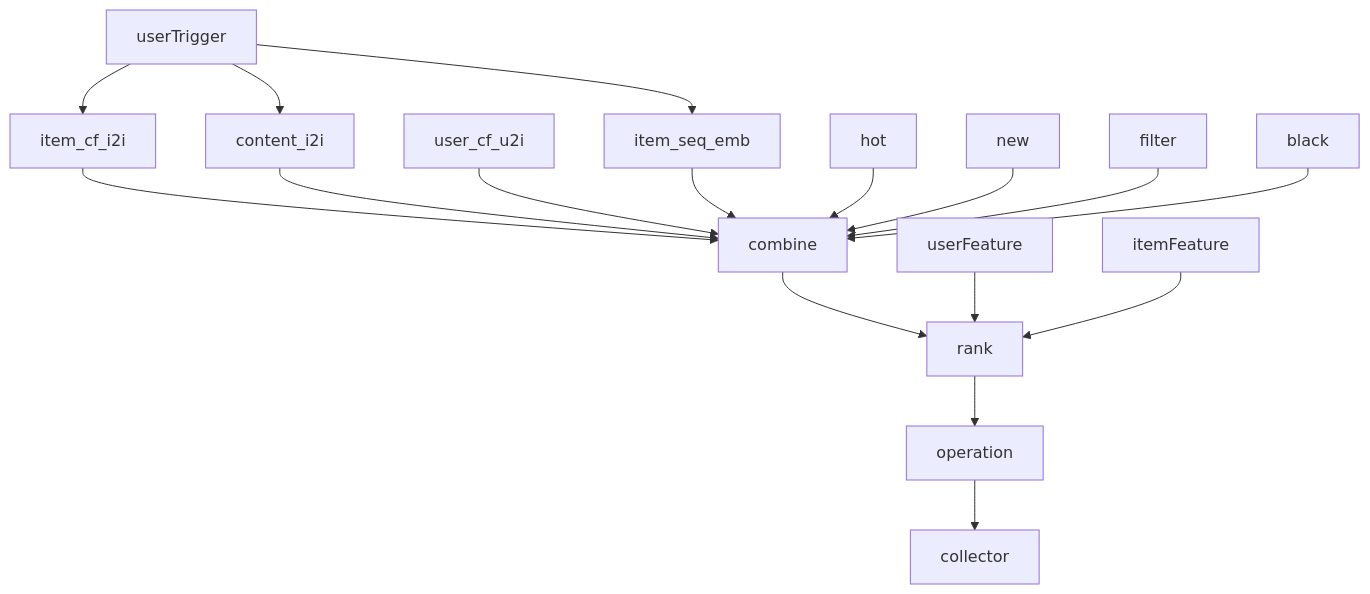
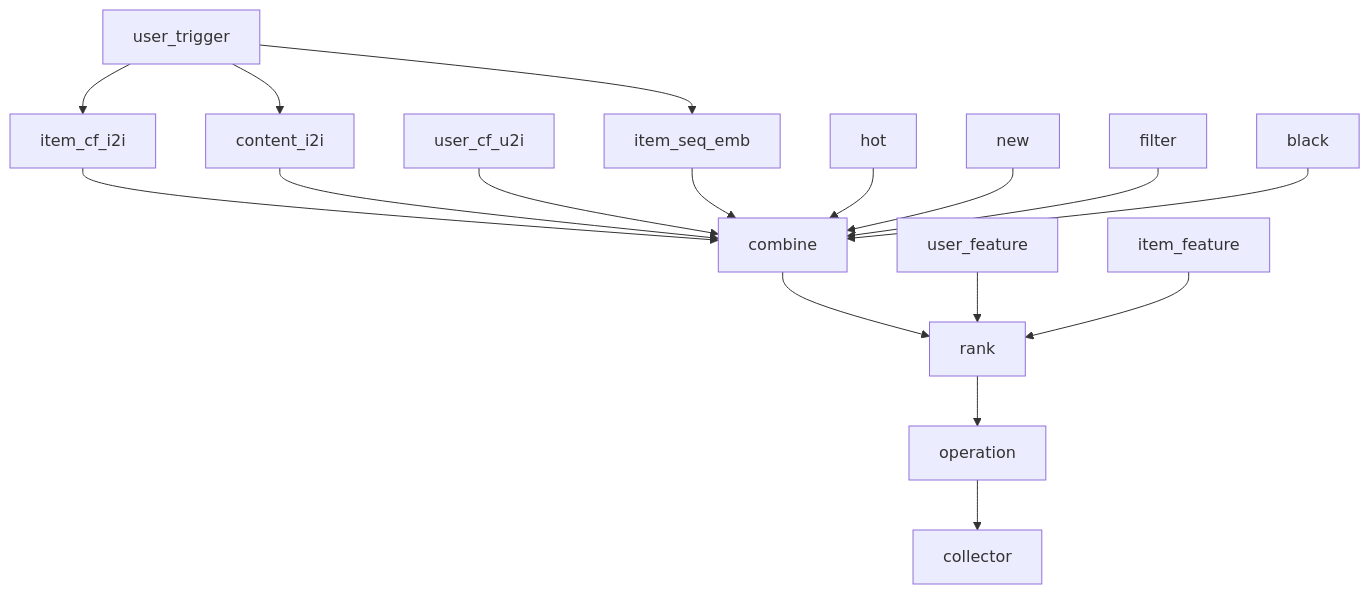
The first of 2 diagrams in README.md (open-rec/rec-server), drawn with Mermaid before and after one commit. The commit also changed other lines of this file and 7 other files, not shown here.

Commit message:
update user serving graph

````diff
--- a/README.md
+++ b/README.md
@@ -28,20 +32,20 @@
 ```mermaid
 flowchart TD
-    userTrigger --> item_cf_i2i
-    userTrigger --> content_i2i
-    userTrigger --> item_seq_emb
+    user_trigger --> item_cf_i2i
+    user_trigger --> content_i2i
+    user_trigger --> item_seq_emb
 
     item_cf_i2i --> combine
     content_i2i --> combine
     user_cf_u2i --> combine
     item_seq_emb --> combine
     hot --> combine
     new --> combine
     filter --> combine
     black --> combine
 
     combine --> rank
-    userFeature --> rank
-    itemFeature --> rank
+    user_feature --> rank
+    item_feature --> rank
     rank --> operation --> collector
 ```
````
